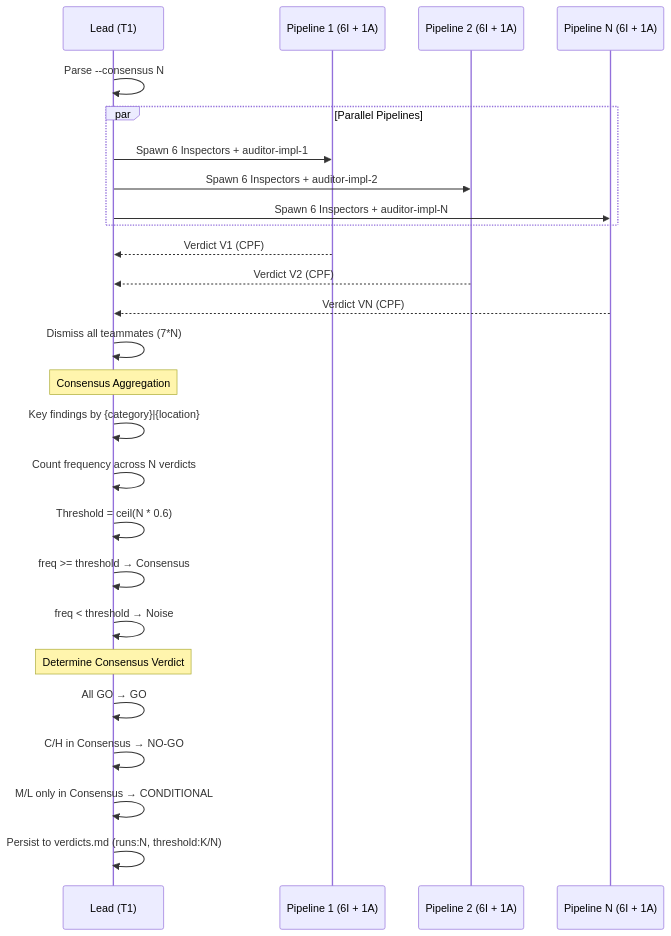
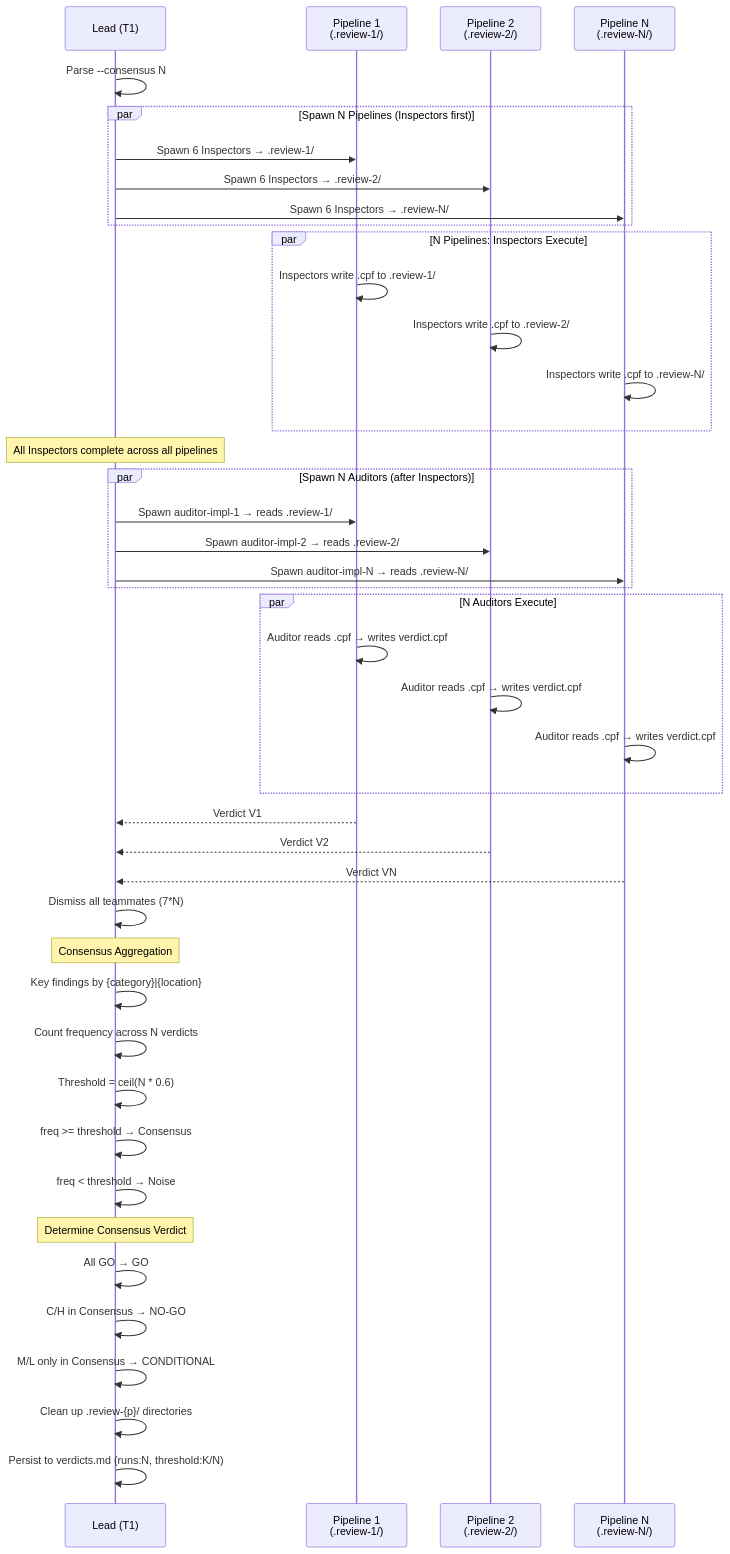
One commit to sync-dev-org/sync-sdd changed the second of 3 diagrams in .claude/sdd/project/specs/impl-review/design.md. Above: the diagram before and after it, drawn with Mermaid. The commit also changed other lines of this file and 32 other files, not shown here.

````diff
--- a/.claude/sdd/project/specs/impl-review/design.md
+++ b/.claude/sdd/project/specs/impl-review/design.md
@@ -386,35 +413,56 @@
 ```mermaid
 sequenceDiagram
     participant L as Lead (T1)
-    participant P1 as Pipeline 1 (6I + 1A)
-    participant P2 as Pipeline 2 (6I + 1A)
-    participant PN as Pipeline N (6I + 1A)
+    participant P1 as Pipeline 1<br/>(.review-1/)
+    participant P2 as Pipeline 2<br/>(.review-2/)
+    participant PN as Pipeline N<br/>(.review-N/)
 
     L->>L: Parse --consensus N
 
-    par Parallel Pipelines
-        L->>P1: Spawn 6 Inspectors + auditor-impl-1
-        L->>P2: Spawn 6 Inspectors + auditor-impl-2
-        L->>PN: Spawn 6 Inspectors + auditor-impl-N
+    par Spawn N Pipelines (Inspectors first)
+        L->>P1: Spawn 6 Inspectors → .review-1/
+        L->>P2: Spawn 6 Inspectors → .review-2/
+        L->>PN: Spawn 6 Inspectors → .review-N/
     end
 
-    P1-->>L: Verdict V1 (CPF)
-    P2-->>L: Verdict V2 (CPF)
-    PN-->>L: Verdict VN (CPF)
+    par N Pipelines: Inspectors Execute
+        P1->>P1: Inspectors write .cpf to .review-1/
+        P2->>P2: Inspectors write .cpf to .review-2/
+        PN->>PN: Inspectors write .cpf to .review-N/
+    end
+
+    Note over L: All Inspectors complete across all pipelines
+
+    par Spawn N Auditors (after Inspectors)
+        L->>P1: Spawn auditor-impl-1 → reads .review-1/
+        L->>P2: Spawn auditor-impl-2 → reads .review-2/
+        L->>PN: Spawn auditor-impl-N → reads .review-N/
+    end
+
+    par N Auditors Execute
+        P1->>P1: Auditor reads .cpf → writes verdict.cpf
+        P2->>P2: Auditor reads .cpf → writes verdict.cpf
+        PN->>PN: Auditor reads .cpf → writes verdict.cpf
+    end
+
+    P1-->>L: Verdict V1
+    P2-->>L: Verdict V2
+    PN-->>L: Verdict VN
 
     L->>L: Dismiss all teammates (7*N)
 
     Note over L: Consensus Aggregation
     L->>L: Key findings by {category}|{location}
     L->>L: Count frequency across N verdicts
     L->>L: Threshold = ceil(N * 0.6)
     L->>L: freq >= threshold → Consensus
     L->>L: freq < threshold → Noise
 
     Note over L: Determine Consensus Verdict
     L->>L: All GO → GO
     L->>L: C/H in Consensus → NO-GO
     L->>L: M/L only in Consensus → CONDITIONAL
 
+    L->>L: Clean up .review-{p}/ directories
     L->>L: Persist to verdicts.md (runs:N, threshold:K/N)
 ```
````
